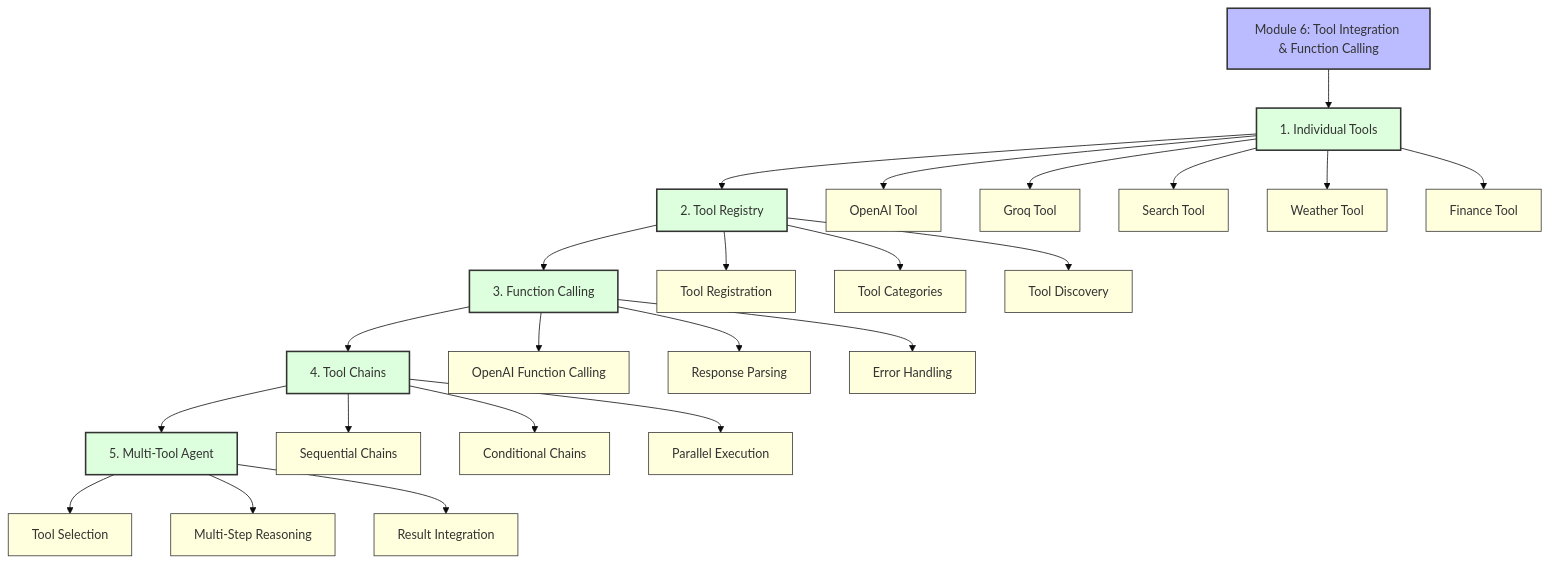
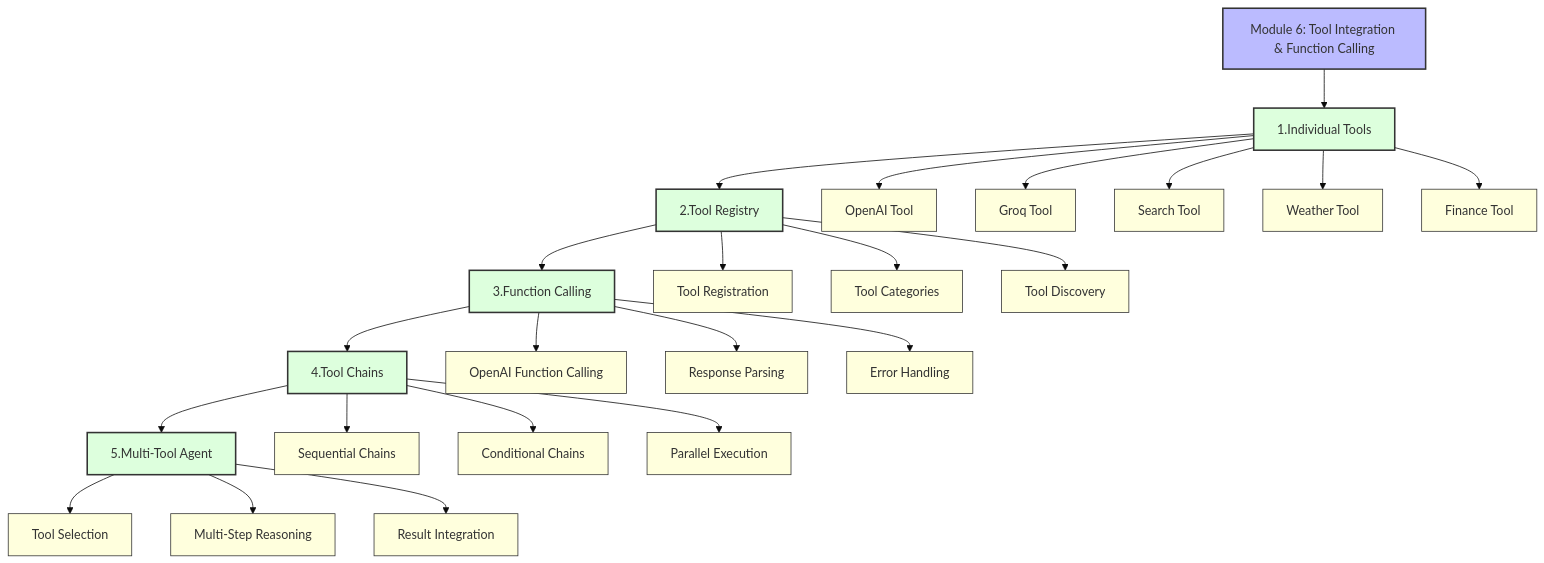
One commit to amlanacharya/Agent changed the first of 5 diagrams in module6/diagrams/module6_progressive_journey.md. Above: the diagram before and after it, drawn with Mermaid (base theme).

````diff
--- a/module6/diagrams/module6_progressive_journey.md
+++ b/module6/diagrams/module6_progressive_journey.md
@@ -7,38 +7,38 @@
 ```mermaid
 flowchart TD
-    A[Module 6: Tool Integration & Function Calling] --> B[1. Individual Tools]
-    B --> C[2. Tool Registry]
-    C --> D[3. Function Calling]
-    D --> E[4. Tool Chains]
-    E --> F[5. Multi-Tool Agent]
+    A[Module 6: Tool Integration & Function Calling] --> B[1.Individual Tools]
+    B --> C[2.Tool Registry]
+    C --> D[3.Function Calling]
+    D --> E[4.Tool Chains]
+    E --> F[5.Multi-Tool Agent]
 
     B --> B1[OpenAI Tool]
     B --> B2[Groq Tool]
     B --> B3[Search Tool]
     B --> B4[Weather Tool]
     B --> B5[Finance Tool]
 
     C --> C1[Tool Registration]
     C --> C2[Tool Categories]
     C --> C3[Tool Discovery]
 
     D --> D1[OpenAI Function Calling]
     D --> D2[Response Parsing]
     D --> D3[Error Handling]
 
     E --> E1[Sequential Chains]
     E --> E2[Conditional Chains]
     E --> E3[Parallel Execution]
 
     F --> F1[Tool Selection]
     F --> F2[Multi-Step Reasoning]
     F --> F3[Result Integration]
 
     classDef moduleNode fill:#bbf,stroke:#333,stroke-width:2px;
     classDef phaseNode fill:#dfd,stroke:#333,stroke-width:2px;
     classDef componentNode fill:#ffd,stroke:#333,stroke-width:1px;
 
     class A moduleNode;
     class B,C,D,E,F phaseNode;
     class B1,B2,B3,B4,B5,C1,C2,C3,D1,D2,D3,E1,E2,E3,F1,F2,F3 componentNode;
 ```
````
